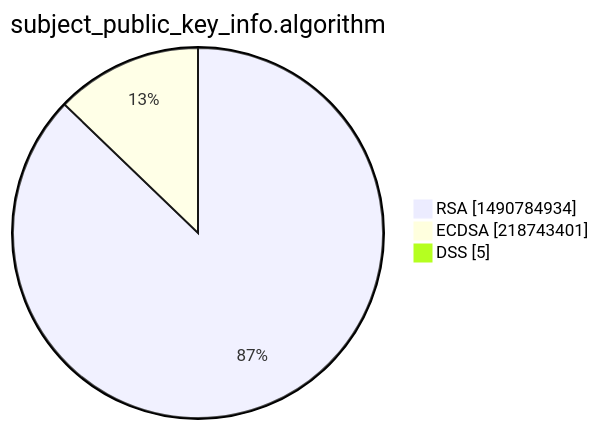
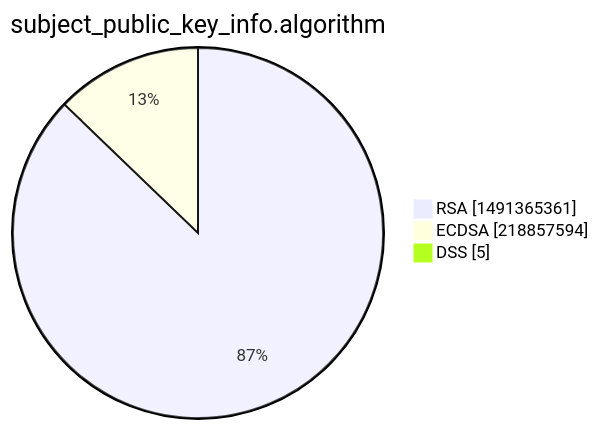
Before and after one commit to christiankrug/ctmonitor_visualization: the third of 15 diagrams in xenon2022/README.md, drawn with Mermaid. The commit also changed other lines of this file, not shown here.

````diff
--- a/xenon2022/README.md
+++ b/xenon2022/README.md
@@ -14,7 +14,7 @@
 ```mermaid
 pie showData
 title subject_public_key_info.algorithm
-"RSA" :1490784934
-"ECDSA" :218743401
+"RSA" :1491365361
+"ECDSA" :218857594
 "DSS" :5
 ```
````
